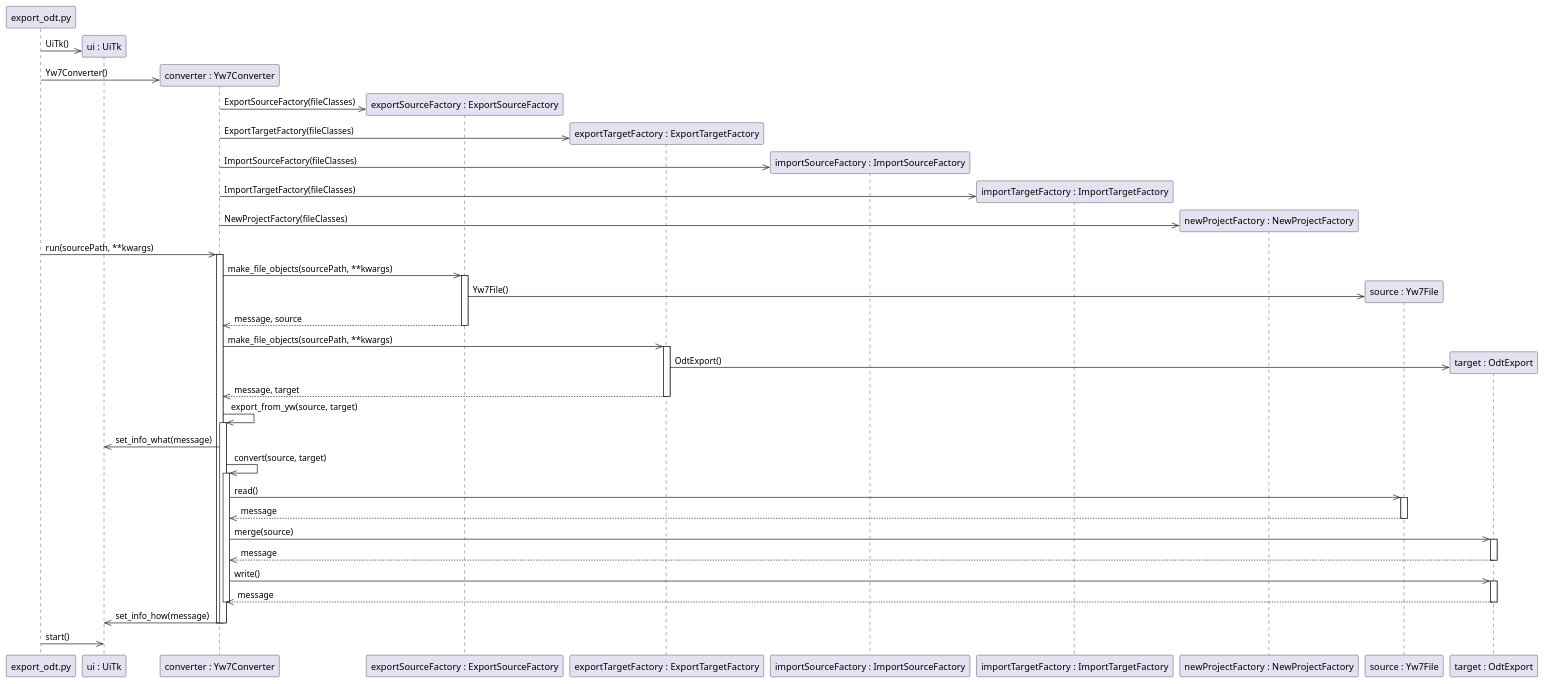
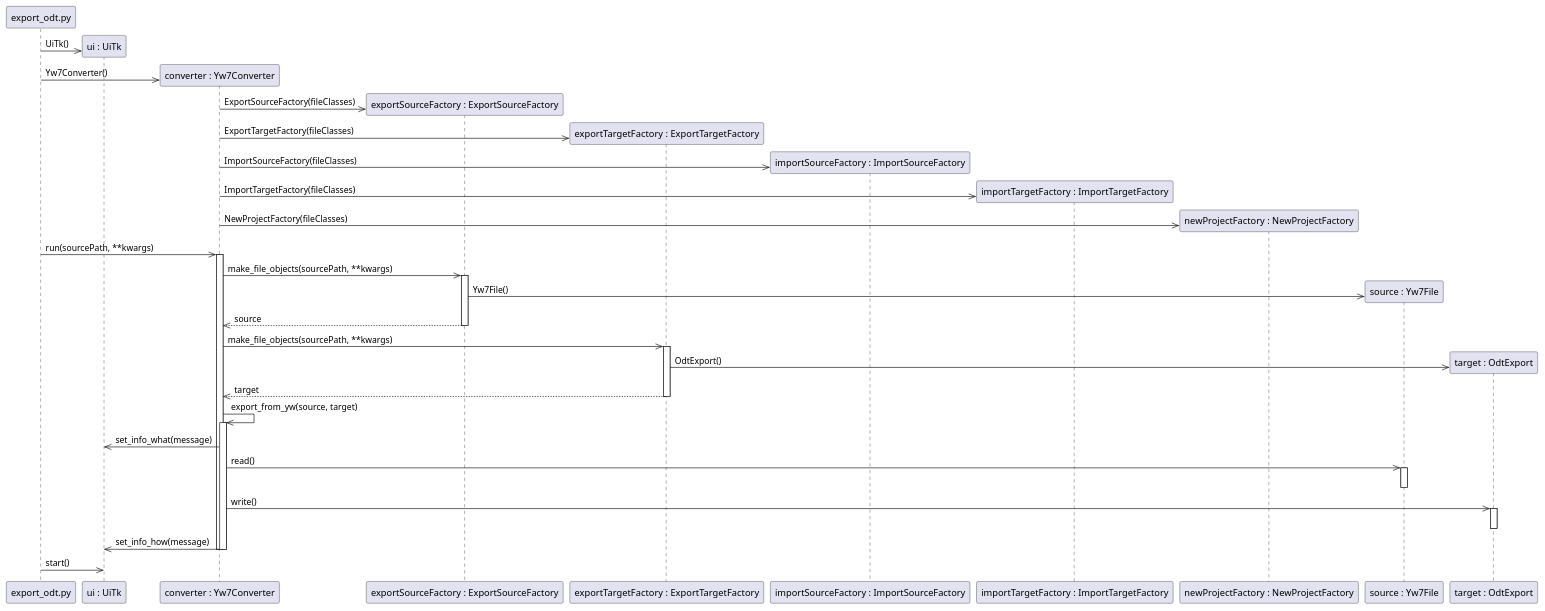
Before and after one commit to peter88213/PyWriter: the diagram in docs/puml/sd_export_odt_from_yw.puml, drawn with PlantUML. The commit also changed 3 other files, not shown here.

```diff
--- a/docs/puml/sd_export_odt_from_yw.puml
+++ b/docs/puml/sd_export_odt_from_yw.puml
@@ -1,71 +1,61 @@
 @startuml
 create export_odt.py as script
 
 create "ui : UiTk"
 script ->> "ui : UiTk" : UiTk()
 
 create "converter : Yw7Converter" as converter 
 script ->> converter : Yw7Converter()
 
 create "exportSourceFactory : ExportSourceFactory" as exportSourceFactory
 converter ->> exportSourceFactory : ExportSourceFactory(fileClasses)
 
 create "exportTargetFactory : ExportTargetFactory" as exportTargetFactory 
 converter ->> exportTargetFactory : ExportTargetFactory(fileClasses)
 
 create "importSourceFactory : ImportSourceFactory" as importSourceFactory 
 converter ->> importSourceFactory : ImportSourceFactory(fileClasses)
 
 create "importTargetFactory : ImportTargetFactory" as importTargetFactory 
 converter ->> importTargetFactory : ImportTargetFactory(fileClasses)
 
 create "newProjectFactory : NewProjectFactory" as newProjectFactory 
 converter ->> newProjectFactory : NewProjectFactory(fileClasses)
 
 script ->> converter : run(sourcePath, **kwargs)
 
 activate converter
 converter ->> exportSourceFactory : make_file_objects(sourcePath, **kwargs)
 
 activate exportSourceFactory
 create "source : Yw7File" as source
 exportSourceFactory ->> source : Yw7File()
-exportSourceFactory -->> converter : message, source
+exportSourceFactory -->> converter : source
 deactivate exportSourceFactory
 
 converter ->> exportTargetFactory : make_file_objects(sourcePath, **kwargs)
 
 activate exportTargetFactory
 create "target : OdtExport" as target
 exportTargetFactory ->> target : OdtExport()
-exportTargetFactory -->> converter : message, target
+exportTargetFactory -->> converter : target
 deactivate exportTargetFactory
 
 converter ->> converter : export_from_yw(source, target)
 activate converter
 converter ->> "ui : UiTk" : set_info_what(message)
-converter ->> converter : convert(source, target)
-activate converter
 
 converter ->> source : read()
 activate source
-source -->> converter : message
 deactivate source
-
-converter ->> target : merge(source)
-activate target
-target -->>  converter : message
-deactivate target
 
 converter ->> target : write()
 activate target
-target -->>  converter : message
-deactivate converter
 deactivate target
 
 converter ->> "ui : UiTk" : set_info_how(message)
 deactivate converter
 deactivate converter
 
 script ->> "ui : UiTk" : start()
 @enduml
```
